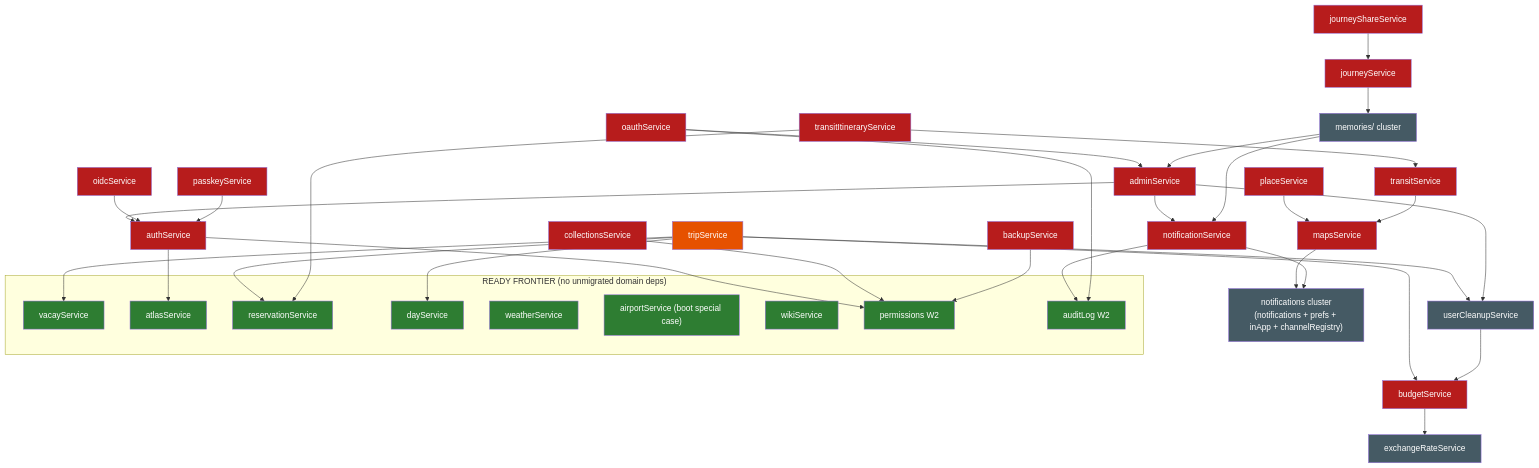
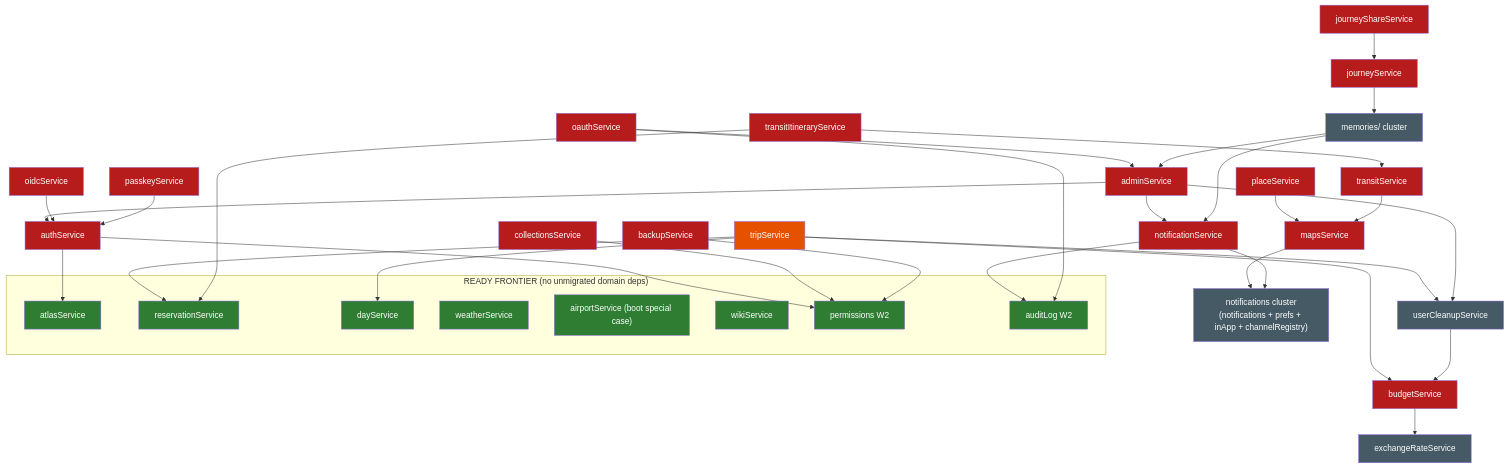
One commit to BeInLife/TREK changed the diagram in migration-graph.md. Above: the diagram before and after it, drawn with Mermaid. The commit also changed other lines of this file and 1 other file, not shown here.

Commit message:
docs: tick vacayService in migrate.md and refresh the migration graph

````diff
--- a/migration-graph.md
+++ b/migration-graph.md
@@ -45,59 +46,58 @@
 ```mermaid
 flowchart TD
   classDef ready fill:#2e7d32,color:#fff
   classDef blocked fill:#b71c1c,color:#fff
   classDef hub fill:#e65100,color:#fff
   classDef infra fill:#455a64,color:#fff
 
   subgraph frontier["READY FRONTIER (no unmigrated domain deps)"]
-    vacay[vacayService]:::ready
     atlas[atlasService]:::ready
     reserv[reservationService]:::ready
     day[dayService]:::ready
     weather[weatherService]:::ready
     airport["airportService (boot special case)"]:::ready
     wiki[wikiService]:::ready
     permissions[permissions W2]:::ready
     auditLog[auditLog W2]:::ready
   end
 
   trip[tripService]:::hub
   budget[budgetService]:::blocked
   place[placeService]:::blocked
   maps[mapsService]:::blocked
   notifSvc[notificationService]:::blocked
   transit[transitService]:::blocked
   transitItin[transitItineraryService]:::blocked
   admin[adminService]:::blocked
   auth[authService]:::blocked
   oauth[oauthService]:::blocked
   oidc[oidcService]:::blocked
   passkey[passkeyService]:::blocked
   journey[journeyService]:::blocked
   journeyShare[journeyShareService]:::blocked
   collections[collectionsService]:::blocked
   backup[backupService]:::blocked
   notifCluster["notifications cluster<br/>(notifications + prefs + inApp + channelRegistry)"]:::infra
   memories["memories/ cluster"]:::infra
   fx[exchangeRateService]:::infra
   cleanup[userCleanupService]:::infra
 
-  trip --> budget & day & reserv & vacay & cleanup
+  trip --> budget & day & reserv & cleanup
   budget --> fx
   cleanup --> budget
   place --> maps
   maps --> notifCluster
   transit --> maps
   transitItin --> reserv & transit
   notifSvc --> notifCluster & auditLog
   admin --> auth & notifSvc & cleanup
   auth --> atlas & permissions
   oauth --> admin & auditLog
   oidc --> auth
   passkey --> auth
   journey --> memories
   journeyShare --> journey
   collections --> permissions
   backup --> permissions
   memories --> notifSvc & admin
 ```
````
